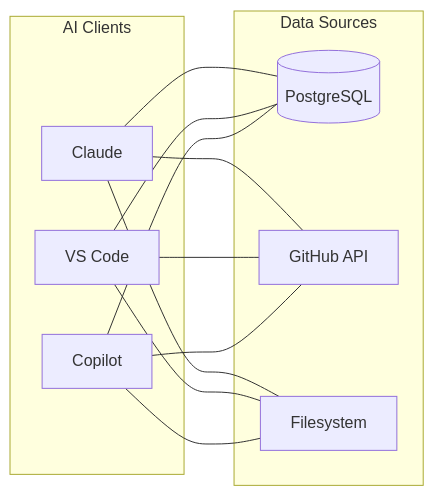
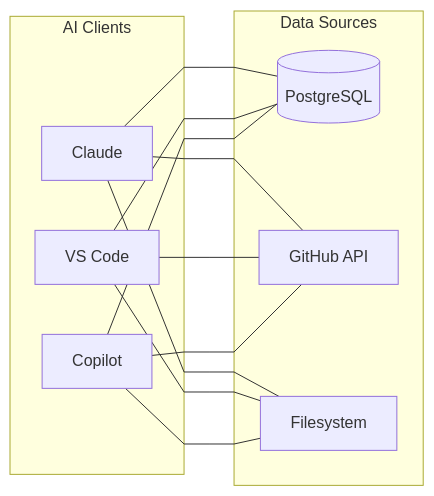
The first of 2 diagrams in content/post/AI/mcp.md (kevinwang930/kevinwang930.github.io), drawn with Mermaid before and after one commit. The commit also changed other lines of this file and 2 other files, not shown here.

````diff
--- a/content/post/AI/mcp.md
+++ b/content/post/AI/mcp.md
@@ -151,26 +151,27 @@
 ```mermaid
-graph LR
+%%{init: {'flowchart': {'curve': 'linear'}}}%%
+flowchart LR
     subgraph Clients [AI Clients]
         C1[Claude]
         C2[VS Code]
         C3[Copilot]
     end
 
     subgraph Sources [Data Sources]
         D1[(PostgreSQL)]
         D2[GitHub API]
         D3[Filesystem]
     end
 
     C1 --- D1
     C1 --- D2
     C1 --- D3
 
     C2 --- D1
     C2 --- D2
     C2 --- D3
 
     C3 --- D1
     C3 --- D2
     C3 --- D3
 ```
````
